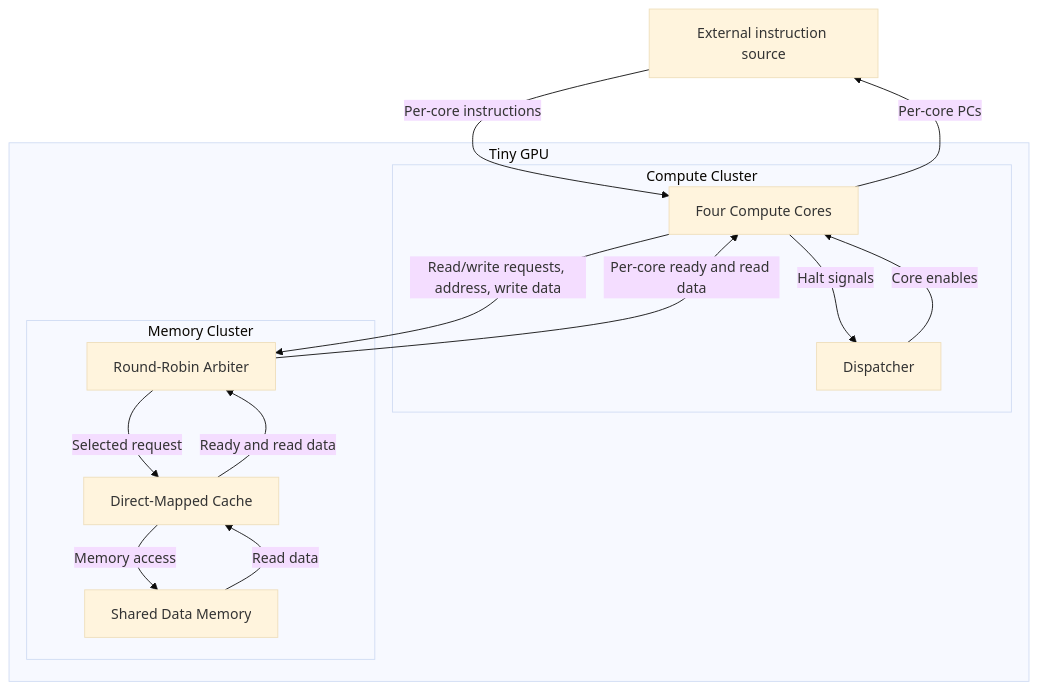
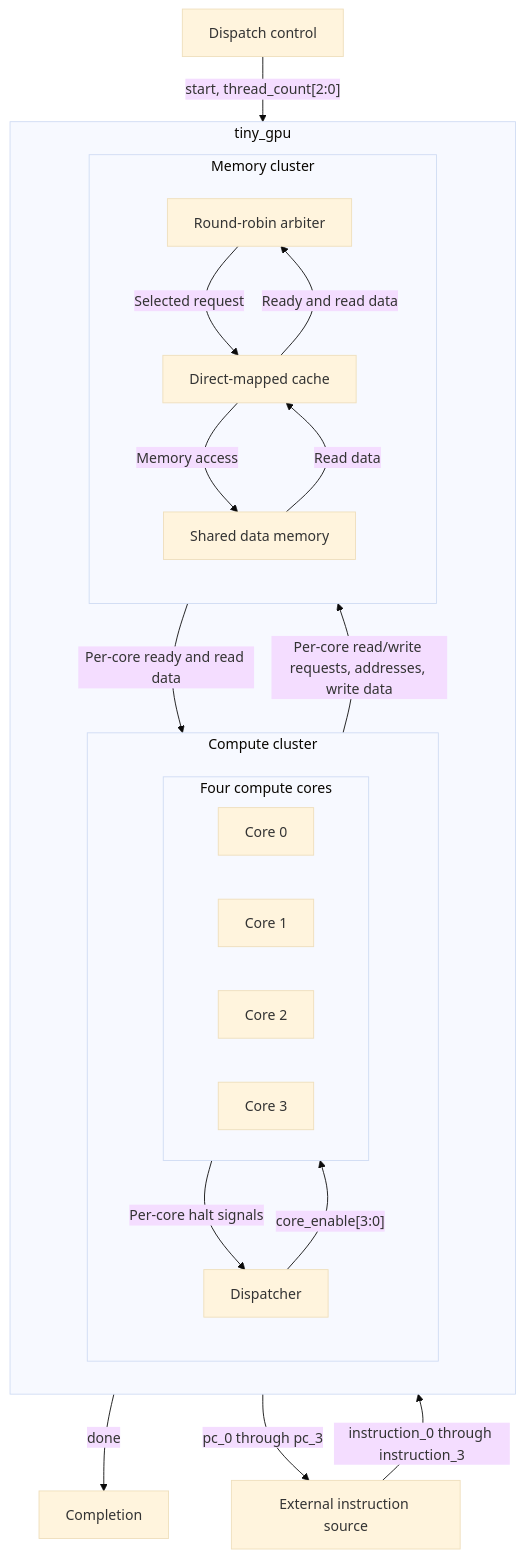
One commit to J0S321/Tiny-GPU-Verilog changed the diagram in README.md. Above: the diagram before and after it, drawn with Mermaid (base theme). The commit also changed other lines of this file and 1 other file, not shown here.

Commit message:
Link to development log and fix image paths

````diff
--- a/README.md
+++ b/README.md
@@ -27,30 +27,45 @@
 ```mermaid
-flowchart TD
+flowchart TB
+    CTRL["Dispatch control"]
     I["External instruction source"]
 
-    subgraph GPU["Tiny GPU"]
-        subgraph CC["Compute Cluster"]
+    subgraph GPU["tiny_gpu"]
+        direction TB
+
+        subgraph CC["Compute cluster"]
+            direction TB
             D["Dispatcher"]
-            C["Four Compute Cores"]
-            D -->|"Core enables"| C
-            C -->|"Halt signals"| D
+
+            subgraph CORES["Four compute cores"]
+                direction LR
+                C0["Core 0"]
+                C1["Core 1"]
+                C2["Core 2"]
+                C3["Core 3"]
+            end
+
+            D -->|"core_enable[3:0]"| CORES
+            CORES -->|"Per-core halt signals"| D
         end
 
-        subgraph MC["Memory Cluster"]
-            A["Round-Robin Arbiter"]
-            K["Direct-Mapped Cache"]
-            M["Shared Data Memory"]
+        subgraph MC["Memory cluster"]
+            direction TB
+            A["Round-robin arbiter"]
+            K["Direct-mapped cache"]
+            M["Shared data memory"]
 
             A -->|"Selected request"| K
             K -->|"Ready and read data"| A
             K -->|"Memory access"| M
             M -->|"Read data"| K
         end
 
-        C -->|"Read/write requests, address, write data"| A
-        A -->|"Per-core ready and read data"| C
+        CORES -->|"Per-core read/write requests, addresses, write data"| A
+        A -->|"Per-core ready and read data"| CORES
     end
 
-    I -->|"Per-core instructions"| C
-    C -->|"Per-core PCs"| I
+    CTRL -->|"start, thread_count[2:0]"| D
+    D -->|"done"| DONE["Completion"]
+    I -->|"instruction_0 through instruction_3"| CORES
+    CORES -->|"pc_0 through pc_3"| I
 ```
````
